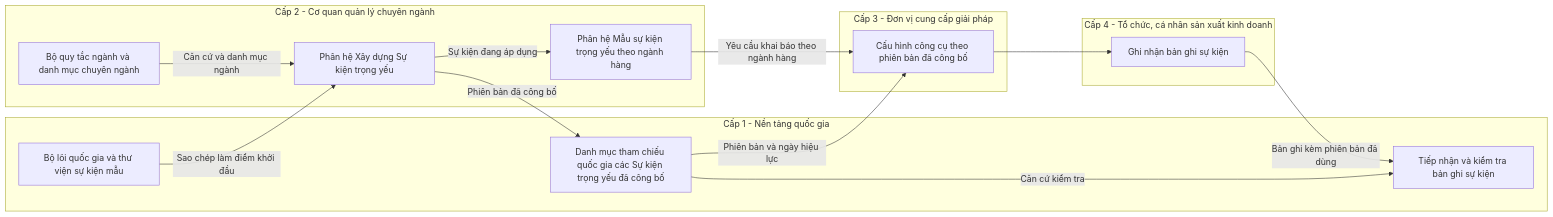
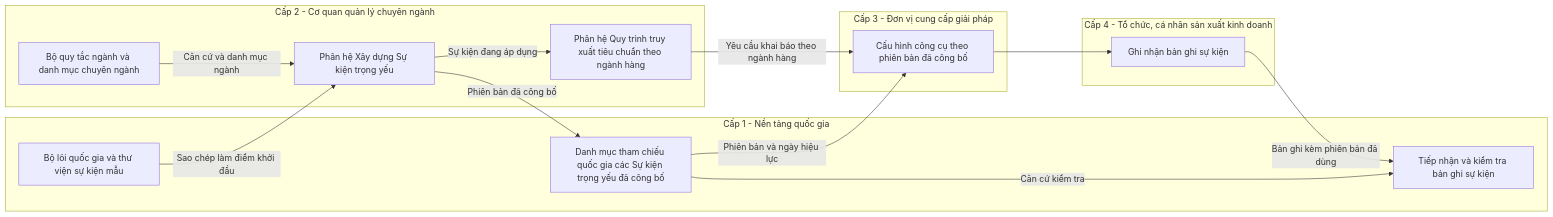
The first of 17 diagrams in docs/prd/PRD-Xay-dung-Su-kien-trong-yeu.md (cuongnh-rd/ndatrace-attp), drawn with Mermaid before and after one commit. The commit also changed other lines of this file and 17 other files, not shown here.

First line of the commit message:
docs: đổi tên Mẫu sự kiện trọng yếu thành Quy trình truy xuất tiêu chuẩn theo Nghị định

````diff
--- a/docs/prd/PRD-Xay-dung-Su-kien-trong-yeu.md
+++ b/docs/prd/PRD-Xay-dung-Su-kien-trong-yeu.md
@@ -71,28 +71,28 @@
 ```mermaid
 flowchart LR
     subgraph C1[Cấp 1 - Nền tảng quốc gia]
         A1[Bộ lõi quốc gia và thư viện sự kiện mẫu]
         A2[Danh mục tham chiếu quốc gia các Sự kiện trọng yếu đã công bố]
         A3[Tiếp nhận và kiểm tra bản ghi sự kiện]
     end
     subgraph C2[Cấp 2 - Cơ quan quản lý chuyên ngành]
         B0[Bộ quy tắc ngành và danh mục chuyên ngành]
         B1[Phân hệ Xây dựng Sự kiện trọng yếu]
-        B2[Phân hệ Mẫu sự kiện trọng yếu theo ngành hàng]
+        B2[Phân hệ Quy trình truy xuất tiêu chuẩn theo ngành hàng]
     end
     subgraph C3[Cấp 3 - Đơn vị cung cấp giải pháp]
         D1[Cấu hình công cụ theo phiên bản đã công bố]
     end
     subgraph C4[Cấp 4 - Tổ chức, cá nhân sản xuất kinh doanh]
         E1[Ghi nhận bản ghi sự kiện]
     end
     A1 -- Sao chép làm điểm khởi đầu --> B1
     B0 -- Căn cứ và danh mục ngành --> B1
     B1 -- Phiên bản đã công bố --> A2
     B1 -- Sự kiện đang áp dụng --> B2
     A2 -- Phiên bản và ngày hiệu lực --> D1
     B2 -- Yêu cầu khai báo theo ngành hàng --> D1
     D1 --> E1
     E1 -- Bản ghi kèm phiên bản đã dùng --> A3
     A2 -- Căn cứ kiểm tra --> A3
 ```
````
